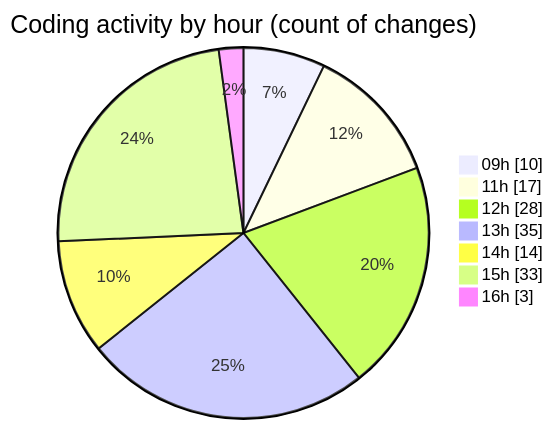
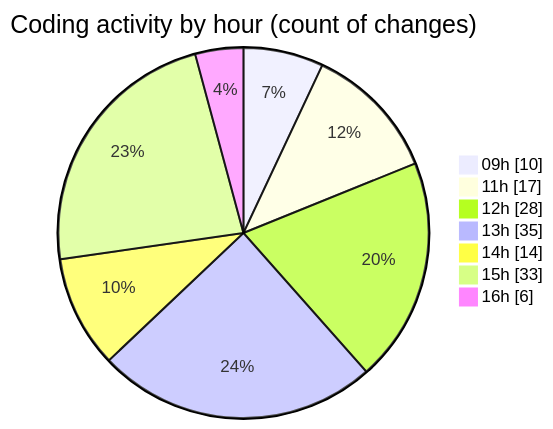
Before and after one commit to momahboobian/code-tracking: the second of 2 diagrams in 2026-05-07/cda/README.md, drawn with Mermaid. The commit also changed other lines of this file and 1 other file, not shown here.

````diff
--- a/2026-05-07/cda/README.md
+++ b/2026-05-07/cda/README.md
@@ -56,11 +58,11 @@
 ```mermaid
 pie showData
 title Coding activity by hour (count of changes)
 "09h" : 10
 "11h" : 17
 "12h" : 28
 "13h" : 35
 "14h" : 14
 "15h" : 33
-"16h" : 3
+"16h" : 6
 ```
````
